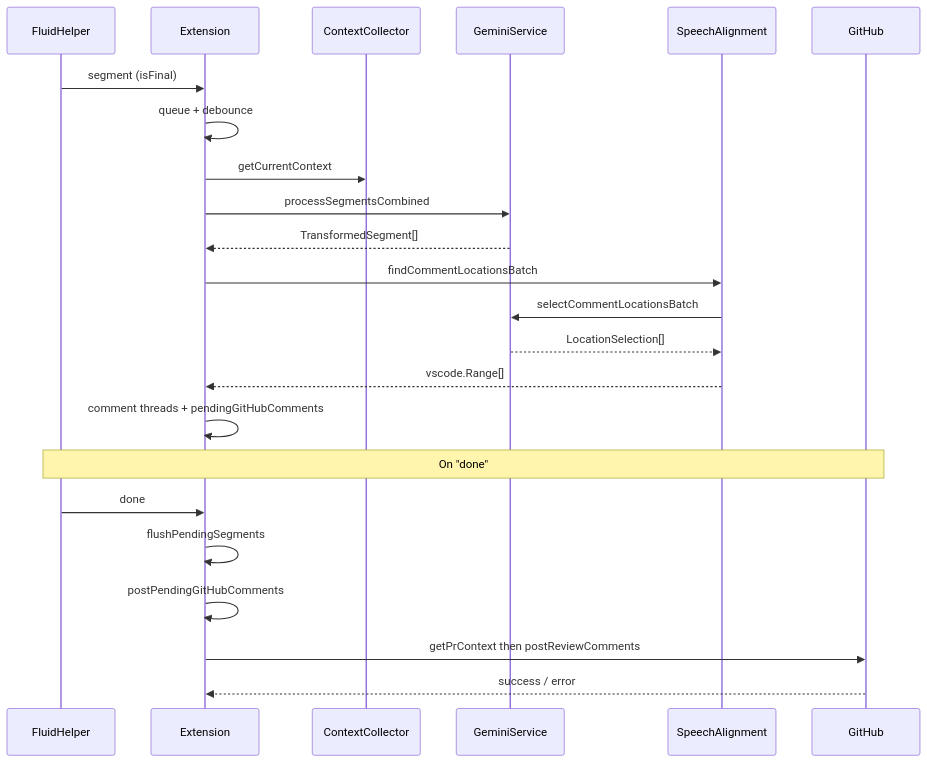
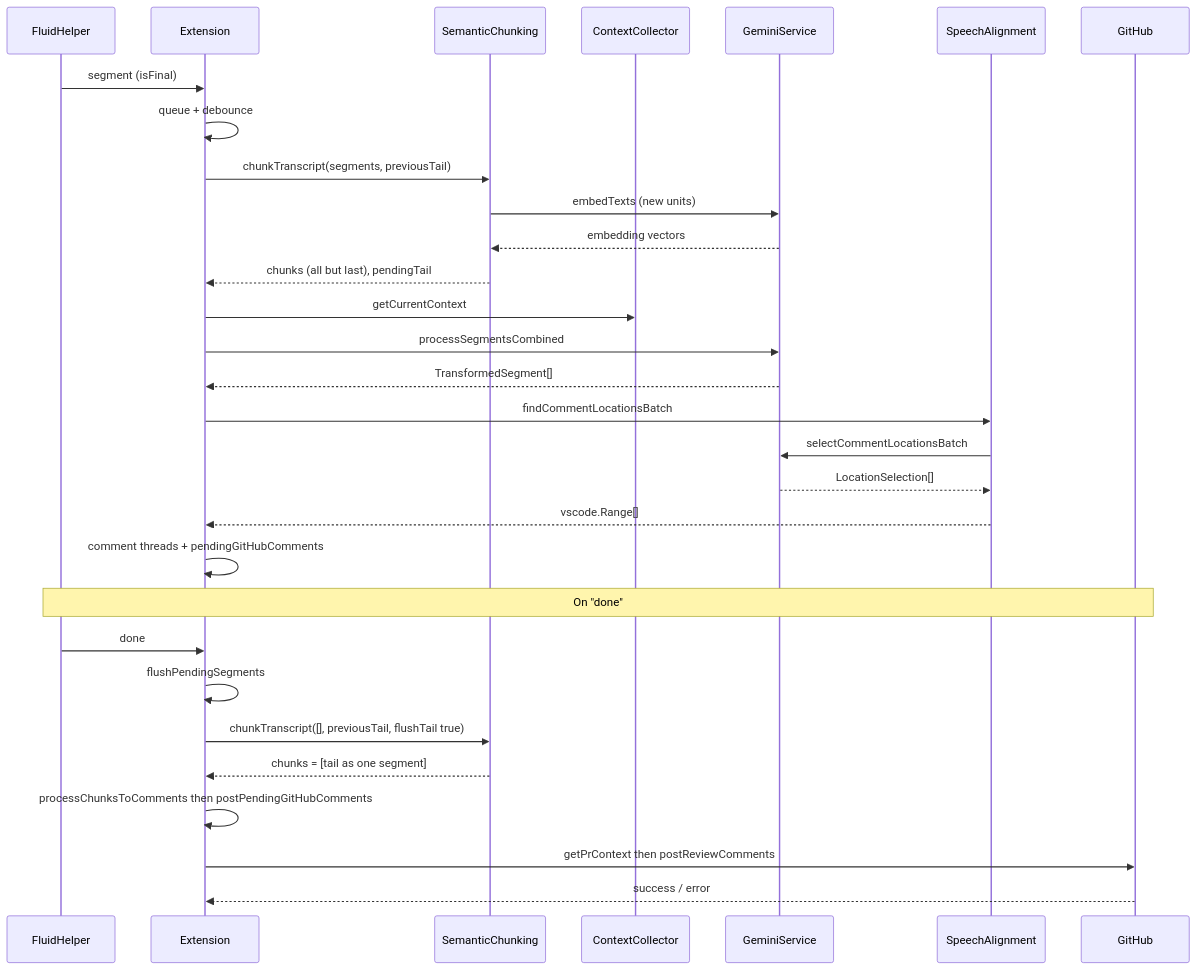
The second of 2 diagrams in docs/DATAFLOW.md (aparm539/conuhacks2026), drawn with Mermaid before and after one commit. The commit also changed other lines of this file and 5 other files, not shown here.

Commit message:
Use vector embedding to merge chunks based on cosine similarity

````diff
--- a/docs/DATAFLOW.md
+++ b/docs/DATAFLOW.md
@@ -134,27 +138,34 @@
 ```mermaid
 sequenceDiagram
   participant FH as FluidHelper
   participant Ext as Extension
+  participant Chunk as SemanticChunking
   participant CC as ContextCollector
   participant Gem as GeminiService
   participant SA as SpeechAlignment
   participant GH as GitHub
 
   FH->>Ext: segment (isFinal)
   Ext->>Ext: queue + debounce
+  Ext->>Chunk: chunkTranscript(segments, previousTail)
+  Chunk->>Gem: embedTexts (new units)
+  Gem-->>Chunk: embedding vectors
+  Chunk-->>Ext: chunks (all but last), pendingTail
   Ext->>CC: getCurrentContext
   Ext->>Gem: processSegmentsCombined
   Gem-->>Ext: TransformedSegment[]
   Ext->>SA: findCommentLocationsBatch
   SA->>Gem: selectCommentLocationsBatch
   Gem-->>SA: LocationSelection[]
   SA-->>Ext: vscode.Range[]
   Ext->>Ext: comment threads + pendingGitHubComments
 
   Note over FH,GH: On "done"
   FH->>Ext: done
   Ext->>Ext: flushPendingSegments
-  Ext->>Ext: postPendingGitHubComments
+  Ext->>Chunk: chunkTranscript([], previousTail, flushTail true)
+  Chunk-->>Ext: chunks = [tail as one segment]
+  Ext->>Ext: processChunksToComments then postPendingGitHubComments
   Ext->>GH: getPrContext then postReviewComments
   GH-->>Ext: success / error
 ```
````
